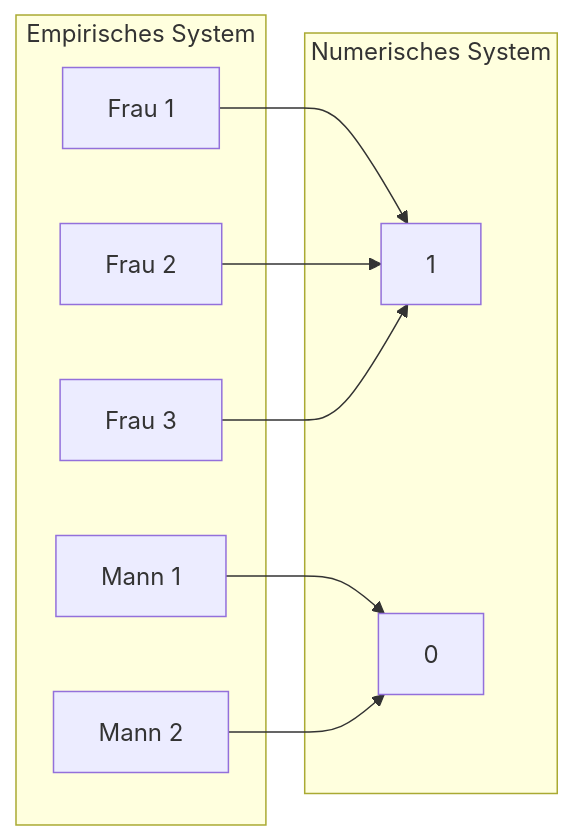
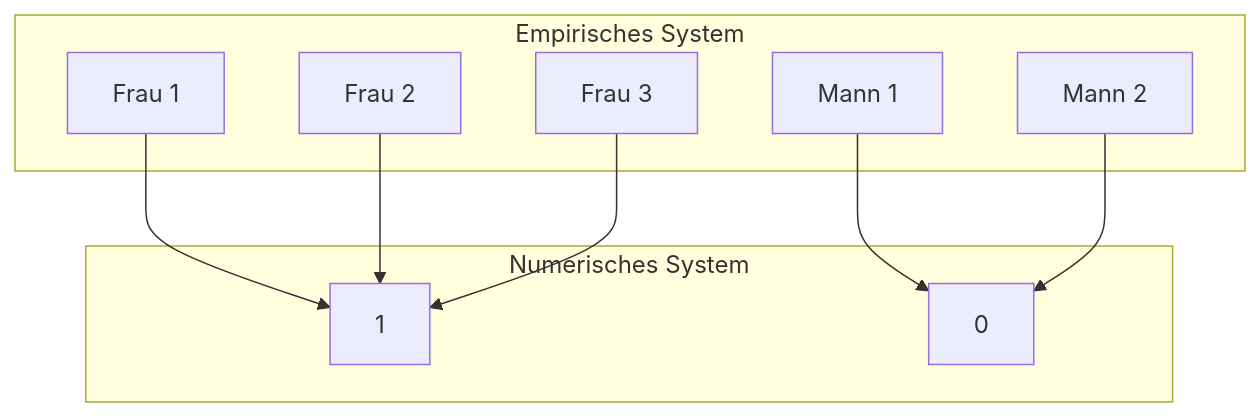
The diagram in test.qmd (sebastiansauer/fopra), drawn with Mermaid before and after one commit. The commit also changed other lines of this file and 95 other files, not shown here.

Commit message:
js diagrams

````diff
--- a/test.qmd
+++ b/test.qmd
@@ -7,22 +8,26 @@
 ```{mermaid}
-flowchart LR
+%%| label: fig-messen1
+%%| fig-width: 100%
+%%| fig-cap: "Messen: Die Zuordnung von Beziehungen in einem empirischen System (Kontext) zu Beziehungen in einem Zahlensystem."
+
+flowchart TD
   subgraph ES[Empirisches System]
     M1[Mann 1]
     M2[Mann 2]
     F1[Frau 1]
     F2[Frau 2]
     F3[Frau 3]
   end
   
   subgraph NS[Numerisches System]
     Z1[1]
     Z0[0]
   end
   
   M1 --> Z0
   M2 --> Z0
   F1 --> Z1
   F2 --> Z1
   F3 --> Z1
 
 ```
````
